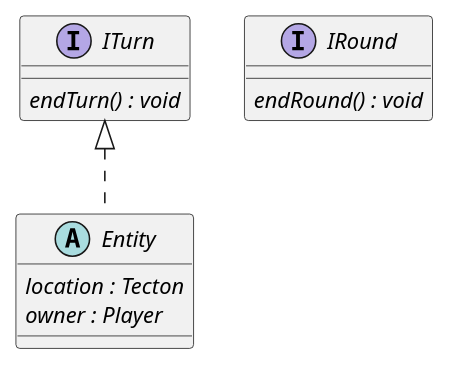
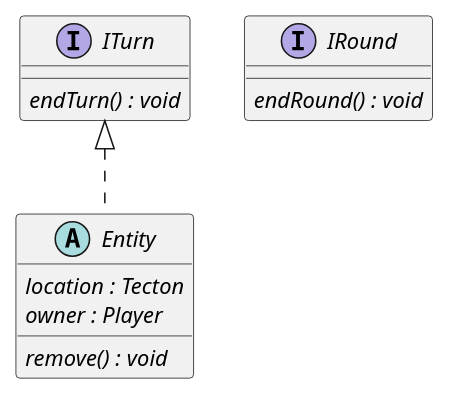
Before and after one commit to Petya-G/fungorium: the diagram in 6/classes/core/core.puml, drawn with PlantUML.

Commit message:
remove() for entity

```diff
--- a/6/classes/core/core.puml
+++ b/6/classes/core/core.puml
@@ -1,16 +1,17 @@
 @startuml core
 
 interface ITurn{
     {abstract} endTurn() : void
 }
 
 interface IRound{
     {abstract} endRound() : void
 }
 
 abstract class Entity implements ITurn{
     {abstract} location : Tecton
     {abstract} owner : Player
+    {abstract} remove() : void
 }
 
 @enduml
```
